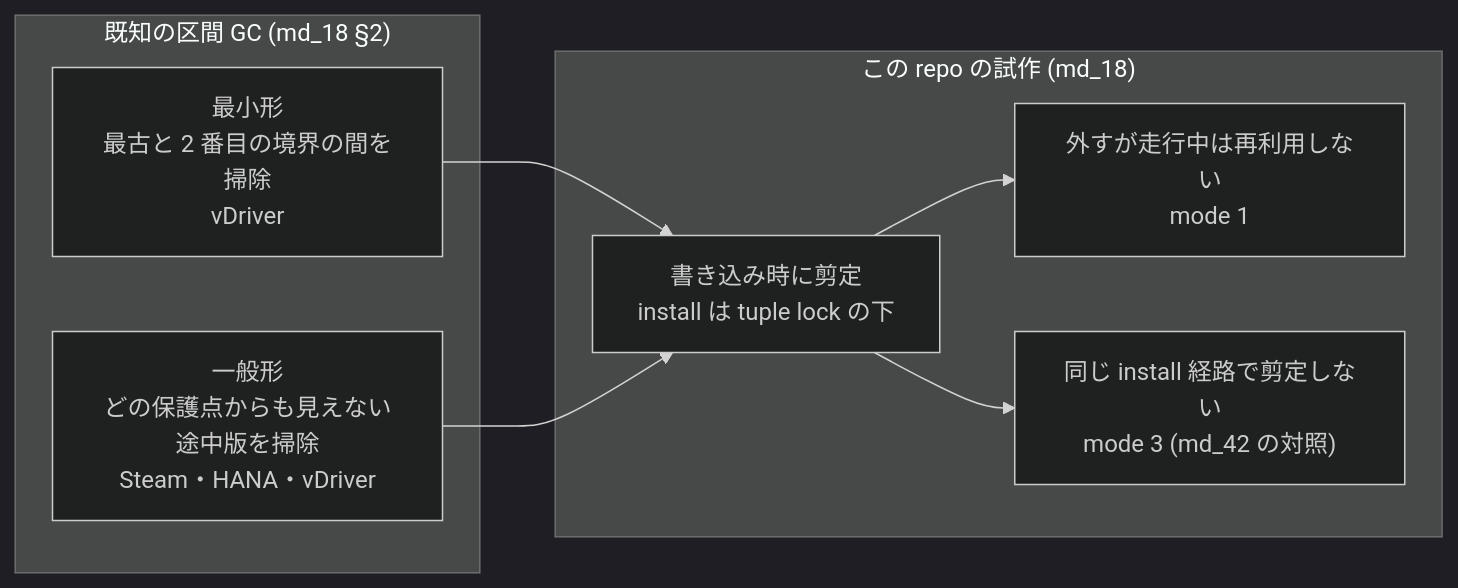
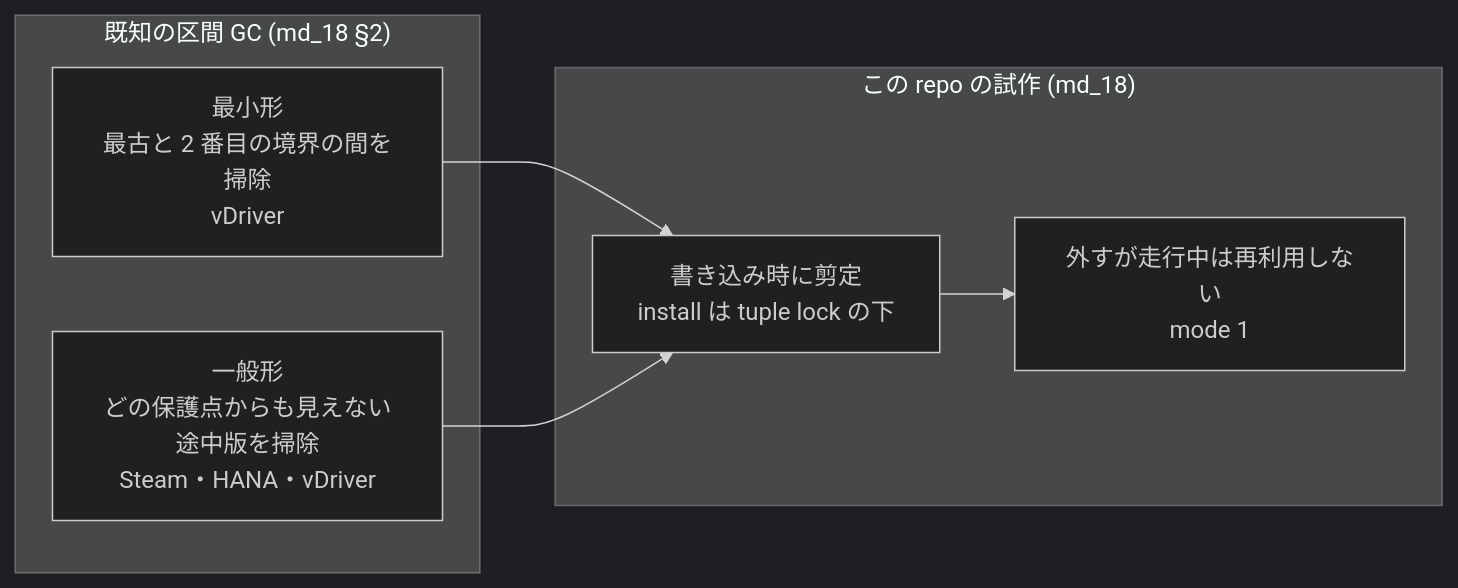
One commit to thawk105/izanagi changed diagram 28 of 41 in docs/paper-story-vhash/2026-10-01.md. Above: the diagram before and after it, drawn with Mermaid (dark theme). The commit also changed other lines of this file and 4 other files, not shown here.

````diff
--- a/docs/paper-story-vhash/2026-10-01.md
+++ b/docs/paper-story-vhash/2026-10-01.md
@@ -1218,16 +1189,14 @@
 ```mermaid
 flowchart LR
   subgraph KNOWN["既知の区間 GC (md_18 §2)"]
     k1["最小形<br/>最古と 2 番目の境界の間を掃除<br/>vDriver"]
     k2["一般形<br/>どの保護点からも見えない途中版を掃除<br/>Steam・HANA・vDriver"]
   end
   subgraph PROTO["この repo の試作 (md_18)"]
     p1["書き込み時に剪定<br/>install は tuple lock の下"]
     p2["外すが走行中は再利用しない<br/>mode 1"]
-    p3["同じ install 経路で剪定しない<br/>mode 3 (md_42 の対照)"]
   end
   k1 --> p1
   k2 --> p1
   p1 --> p2
-  p1 --> p3
 ```
````
